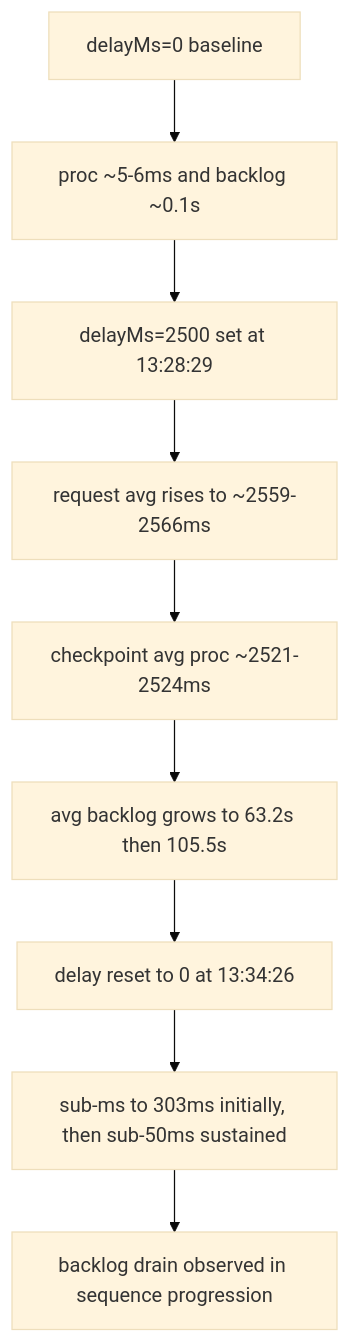
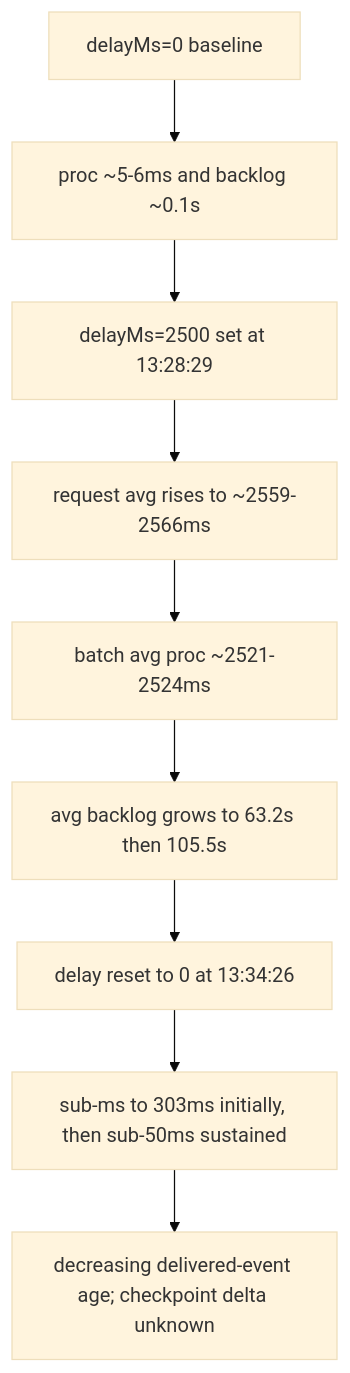
Before and after one commit to yeongseon/azure-functions-practical-guide: the third of 5 diagrams in docs/troubleshooting/lab-guides/event-hub-checkpoint-lag.md, drawn with Mermaid (base theme). The commit also changed other lines of this file and 2 other files, not shown here.

Commit message:
fix(eventhubs): stop reporting synthetic zero checkpoint lag (#174)

````diff
--- a/docs/troubleshooting/lab-guides/event-hub-checkpoint-lag.md
+++ b/docs/troubleshooting/lab-guides/event-hub-checkpoint-lag.md
@@ -203,11 +213,11 @@
 ```mermaid
 flowchart TD
     A[delayMs=0 baseline] --> B[proc ~5-6ms and backlog ~0.1s]
     B --> C[delayMs=2500 set at 13:28:29]
     C --> D[request avg rises to ~2559-2566ms]
-    D --> E[checkpoint avg proc ~2521-2524ms]
+    D --> E[batch avg proc ~2521-2524ms]
     E --> F[avg backlog grows to 63.2s then 105.5s]
     F --> G[delay reset to 0 at 13:34:26]
     G --> H[sub-ms to 303ms initially, then sub-50ms sustained]
-    H --> I[backlog drain observed in sequence progression]
+    H --> I[decreasing delivered-event age; checkpoint delta unknown]
 ```
````
